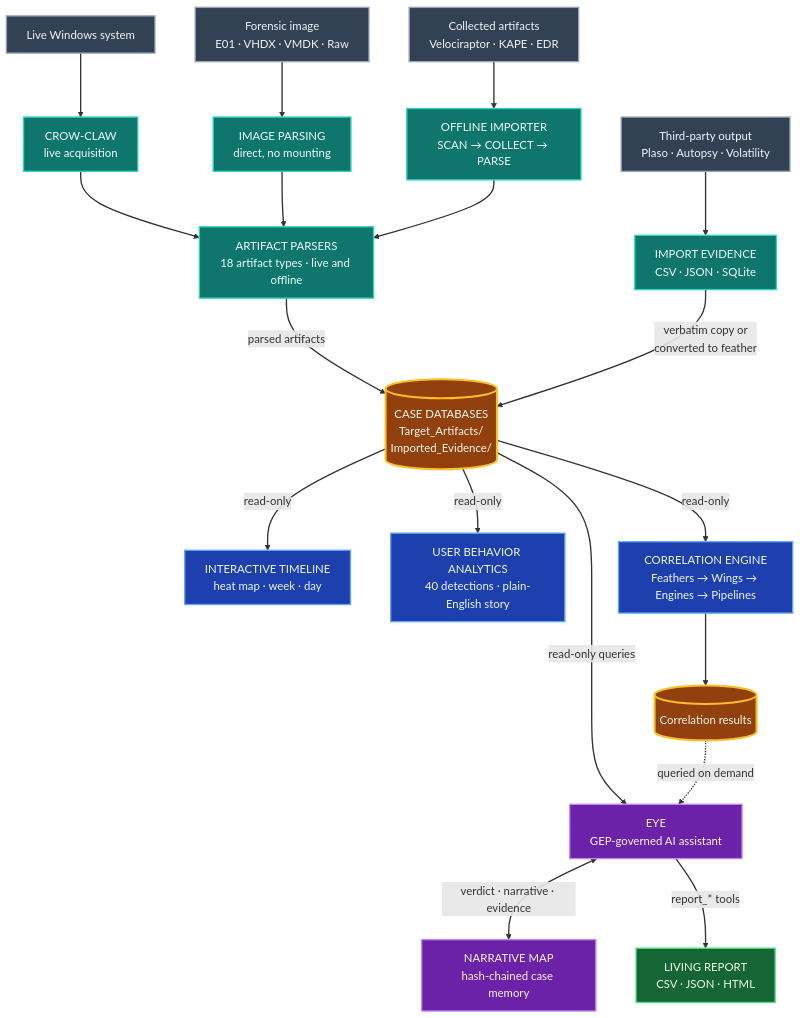
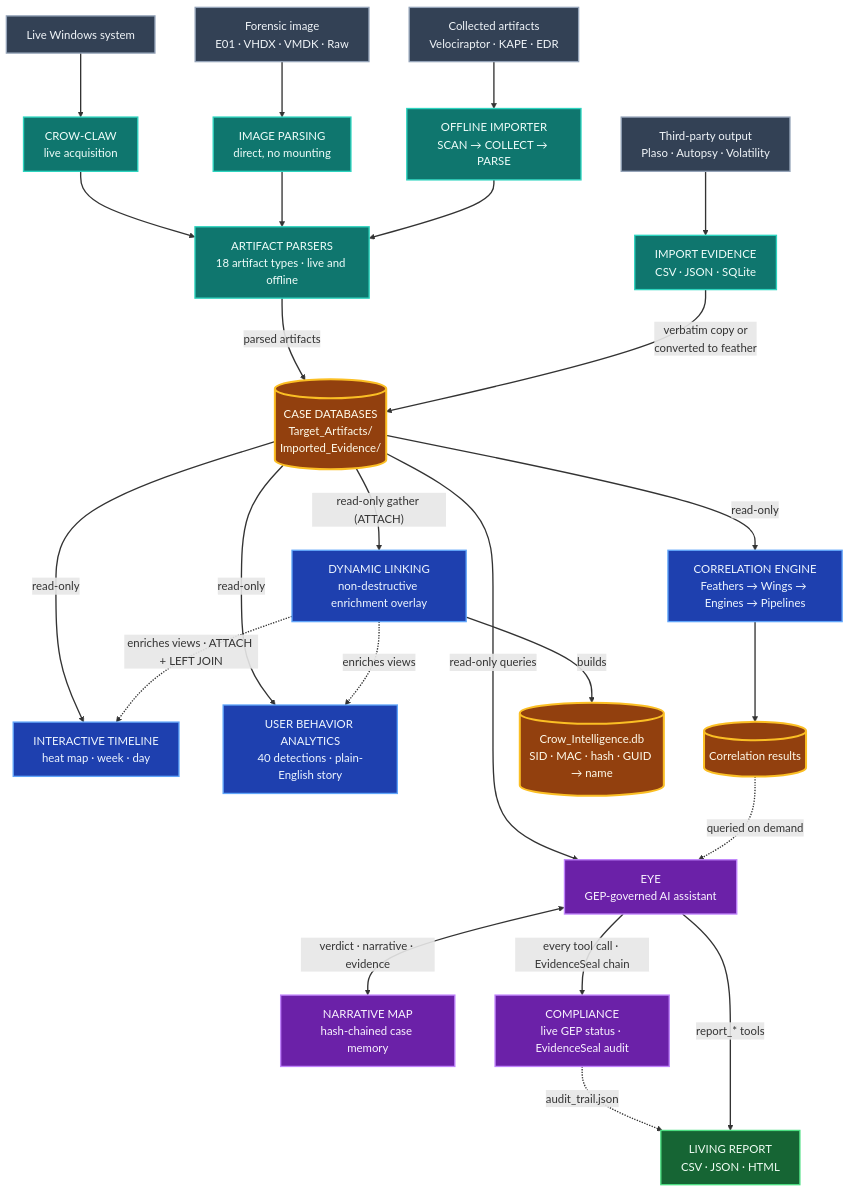
Before and after one commit to Ghassan-elsman/Crow-Eye: the diagram in README.md, drawn with Mermaid. The commit also changed other lines of this file, not shown here.

Commit message:
Add Dynamic Linking and Compliance to the README architecture diagram
- Dynamic Linking: reads the case databases read-only (ATTACH), builds a
  per-case Crow_Intelligence.db of identity mappings, and overlays enrichment
  onto the analysis views via non-destructive ATTACH + LEFT JOIN.
- Compliance: audits the Eye against the GEP via the EvidenceSeal hash chain,
  live per-rule status exportable to EYE_Logs/audit_trail.json.
- Adds both nodes + edges to the mermaid diagram, two 'How to read it' rows,
  and tightened Read-only / new Governed-by-design prose.

```diff
--- a/README.md
+++ b/README.md
@@ -123,10 +123,13 @@
     UB["USER BEHAVIOR ANALYTICS<br/>40 detections · plain-English story"]
     CE["CORRELATION ENGINE<br/>Feathers → Wings → Engines → Pipelines"]
     RES[("Correlation results")]
+    DL["DYNAMIC LINKING<br/>non-destructive enrichment overlay"]
+    INTEL[("Crow_Intelligence.db<br/>SID · MAC · hash · GUID → name")]
 
 %% ═══════════ 5. AI LAYER ═══════════
     EYE["EYE<br/>GEP-governed AI assistant"]
     NM["NARRATIVE MAP<br/>hash-chained case memory"]
+    COMP["COMPLIANCE<br/>live GEP status · EvidenceSeal audit"]
 
     OUT["LIVING REPORT<br/>CSV · JSON · HTML"]
 
@@ -148,9 +151,17 @@
     CASE -- "read-only" --> CE
     CE --> RES
 
+    CASE -- "read-only gather (ATTACH)" --> DL
+    DL -- "builds" --> INTEL
+    DL -. "enriches views · ATTACH + LEFT JOIN" .-> TL
+    DL -. "enriches views" .-> UB
+
     CASE -- "read-only queries" --> EYE
     RES -. "queried on demand" .-> EYE
     EYE <== "verdict · narrative · evidence" ==> NM
+
+    EYE -- "every tool call · EvidenceSeal chain" --> COMP
+    COMP -. "audit_trail.json" .-> OUT
 
     EYE -- "report_* tools" --> OUT
 
@@ -164,9 +175,9 @@
 
     class S1,S2,S3,S4 src
     class I1,I2,I3,I4,PARSERS ing
-    class CASE,RES store
-    class TL,UB,CE ana
-    class EYE,NM ai
+    class CASE,RES,INTEL store
+    class TL,UB,CE,DL ana
+    class EYE,NM,COMP ai
     class OUT out
 
     linkStyle default stroke-width:2px
```
